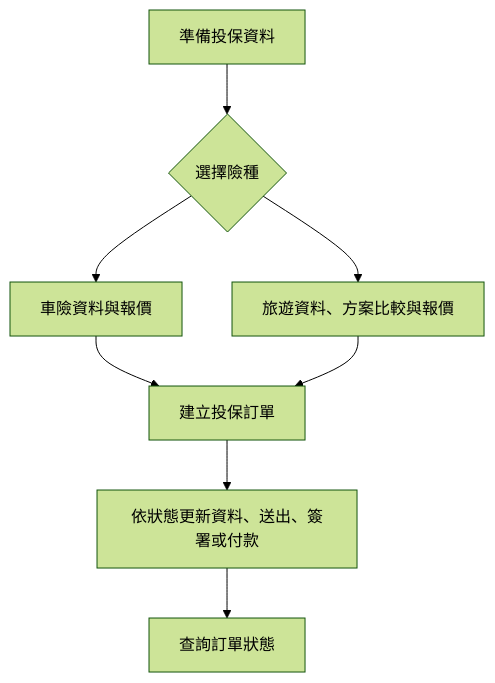
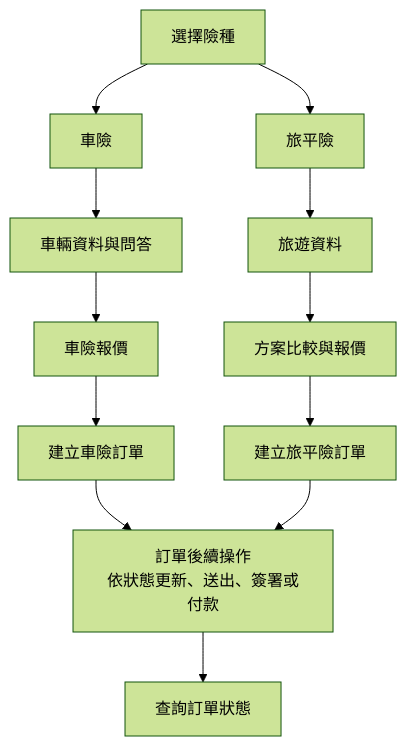
One commit to highhao/insurance-saas-platform changed the diagram in README.md. Above: the diagram before and after it, drawn with Mermaid (forest theme).

Commit message:
Separate car and travel insurance flows

````diff
--- a/README.md
+++ b/README.md
@@ -7,10 +7,15 @@
 ```mermaid
 flowchart TB
-    Start[準備投保資料] --> Kind{選擇險種}
-    Kind --> Car[車險資料與報價]
-    Kind --> Travel[旅遊資料、方案比較與報價]
-    Car --> Create[建立投保訂單]
-    Travel --> Create
-    Create --> Manage[依狀態更新資料、送出、簽署或付款]
+    Start[選擇險種]
+    Start --> Car[車險]
+    Car --> CarData[車輛資料與問答]
+    CarData --> CarQuote[車險報價]
+    CarQuote --> CarOrder[建立車險訂單]
+    Start --> Travel[旅平險]
+    Travel --> TravelData[旅遊資料]
+    TravelData --> TravelQuote[方案比較與報價]
+    TravelQuote --> TravelOrder[建立旅平險訂單]
+    CarOrder --> Manage[訂單後續操作<br/>依狀態更新、送出、簽署或付款]
+    TravelOrder --> Manage
     Manage --> Query[查詢訂單狀態]
 ```
````
